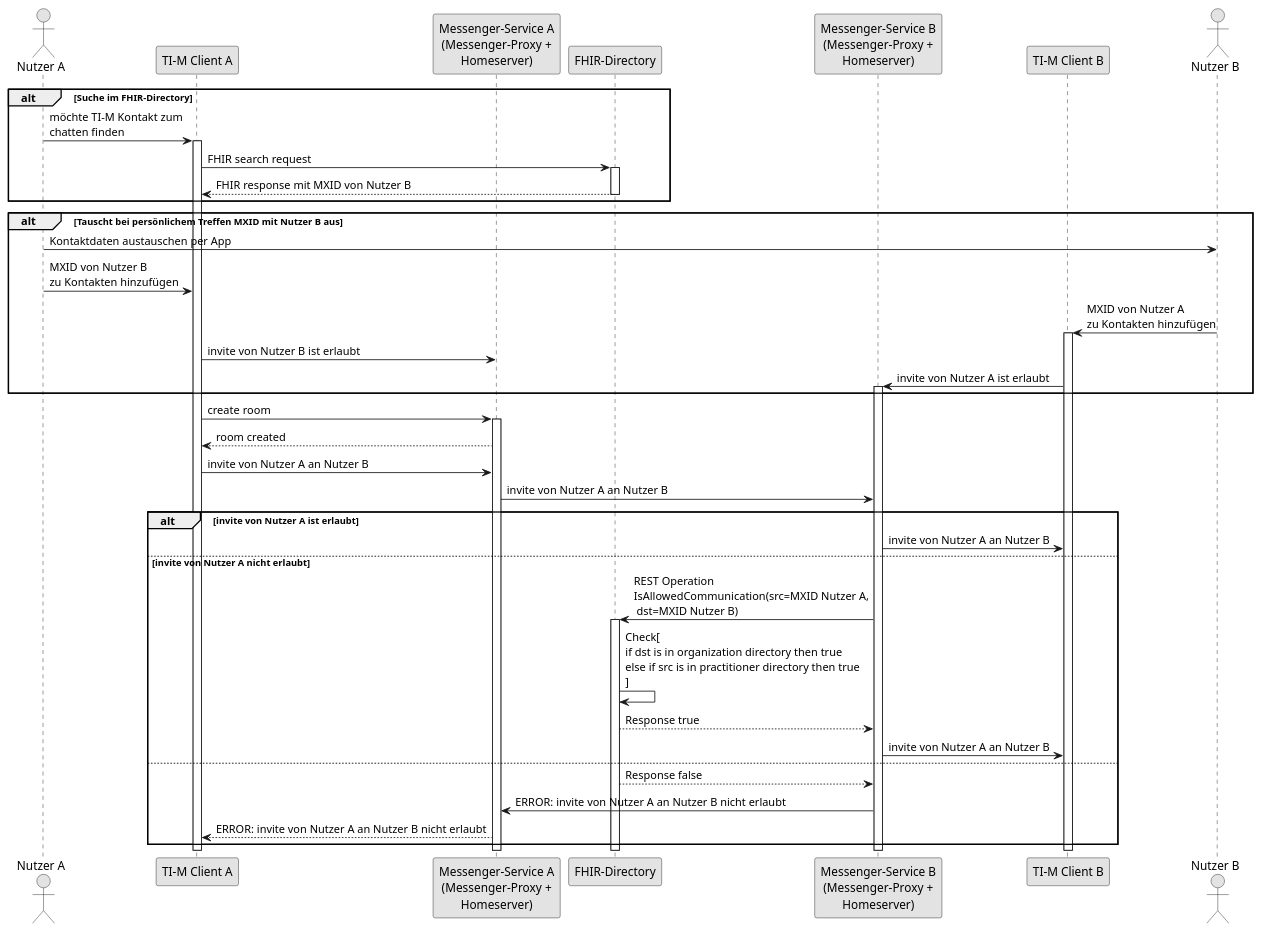
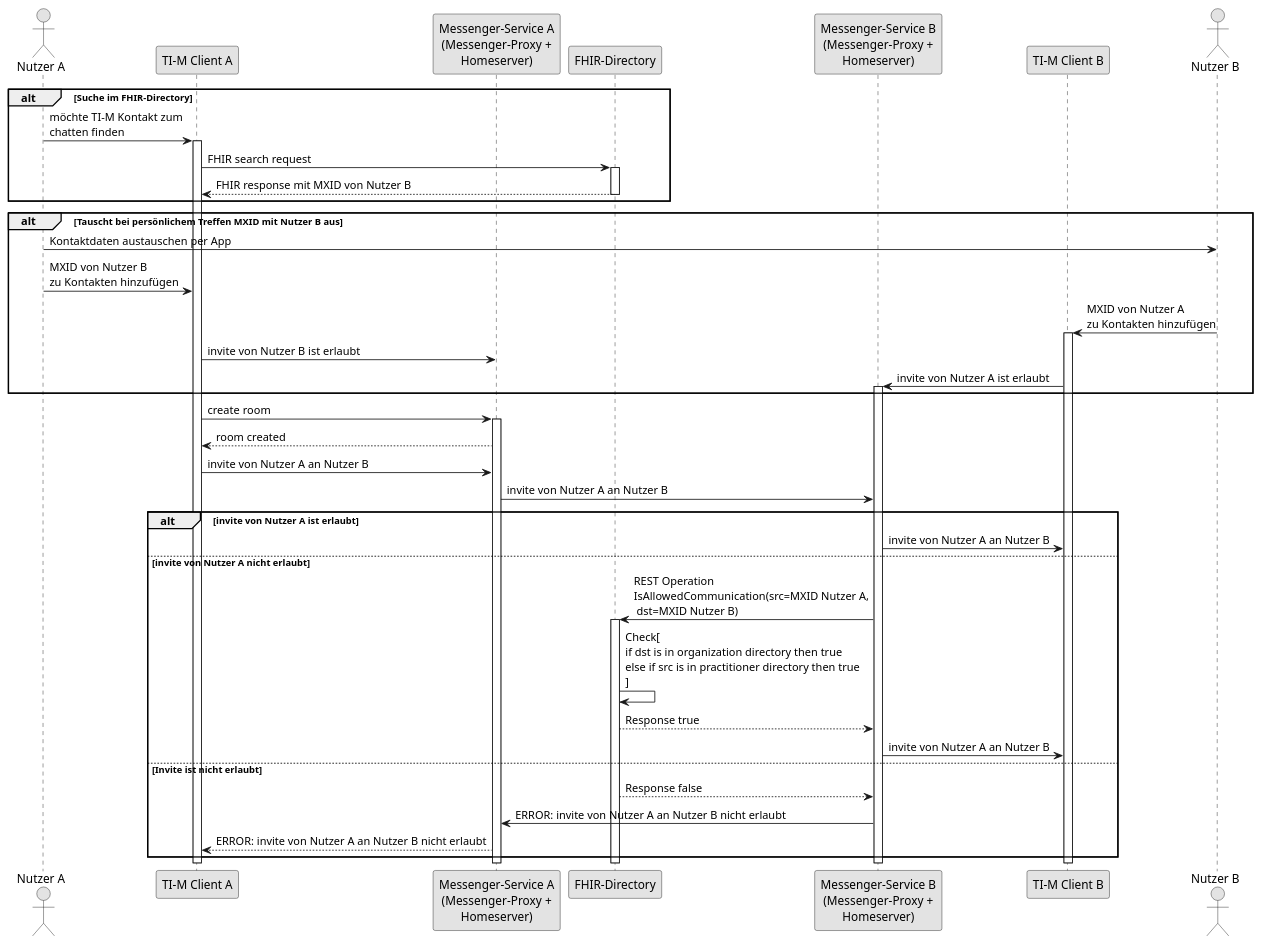
Before and after one commit to gematik/api-ti-messenger: the diagram in src/plantuml/architecture/Communication_control_without_PASSporT.puml, drawn with PlantUML.

```diff
--- a/src/plantuml/architecture/Communication_control_without_PASSporT.puml
+++ b/src/plantuml/architecture/Communication_control_without_PASSporT.puml
@@ -1,56 +1,56 @@
 @startuml TI-Messenger communication control without PASSporT
 skinparam dpi 100
 skinparam WrapWidth 200
 skinparam monochrome true
 
 actor a as "Nutzer A"
 participant cl as "TI-M Client A"
 participant mp as "Messenger-Service A\n(Messenger-Proxy +\nHomeserver)"
 participant fd as "FHIR-Directory"
 participant mpb as "Messenger-Service B\n(Messenger-Proxy +\nHomeserver)"
 participant clb as "TI-M Client B"
 actor b as "Nutzer B"
 
 alt Suche im FHIR-Directory
 a -> cl: möchte TI-M Kontakt zum\nchatten finden
 activate cl
 cl -> fd: FHIR search request
 activate fd
 fd --> cl: FHIR response mit MXID von Nutzer B
 deactivate fd
 end
 alt Tauscht bei persönlichem Treffen MXID mit Nutzer B aus
 a -> b: Kontaktdaten austauschen per App
 a -> cl: MXID von Nutzer B\nzu Kontakten hinzufügen
 b -> clb: MXID von Nutzer A\nzu Kontakten hinzufügen
 activate clb
 cl -> mp: invite von Nutzer B ist erlaubt
 clb -> mpb: invite von Nutzer A ist erlaubt
 activate mpb
 end
 cl -> mp: create room
 activate mp
 mp --> cl: room created
 
 ' Invite
 cl -> mp: invite von Nutzer A an Nutzer B
 mp -> mpb: invite von Nutzer A an Nutzer B
 alt invite von Nutzer A ist erlaubt
 mpb -> clb: invite von Nutzer A an Nutzer B
 else invite von Nutzer A nicht erlaubt
 mpb -> fd: REST Operation\nIsAllowedCommunication(src=MXID Nutzer A,\n dst=MXID Nutzer B)
 activate fd
 fd -> fd: Check[\nif dst is in organization directory then true\nelse if src is in practitioner directory then true\n]
 fd --> mpb: Response true
 mpb -> clb: invite von Nutzer A an Nutzer B
-else
+else Invite ist nicht erlaubt
 fd --> mpb: Response false
 mpb -> mp: ERROR: invite von Nutzer A an Nutzer B nicht erlaubt
 mp --> cl: ERROR: invite von Nutzer A an Nutzer B nicht erlaubt
 end
 deactivate fd
 deactivate clb
 deactivate mpb
 deactivate mp
 deactivate cl
 @enduml
```
